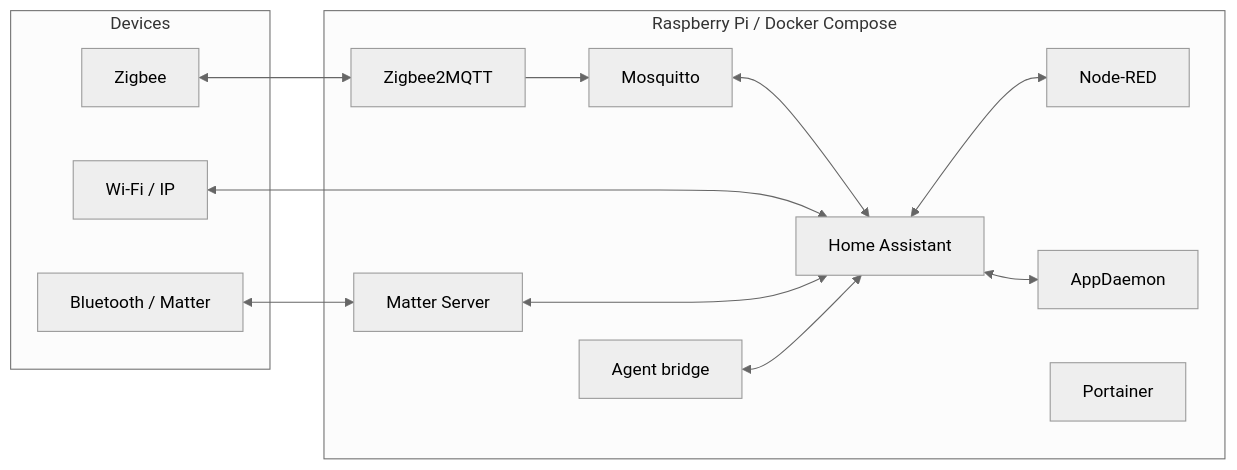
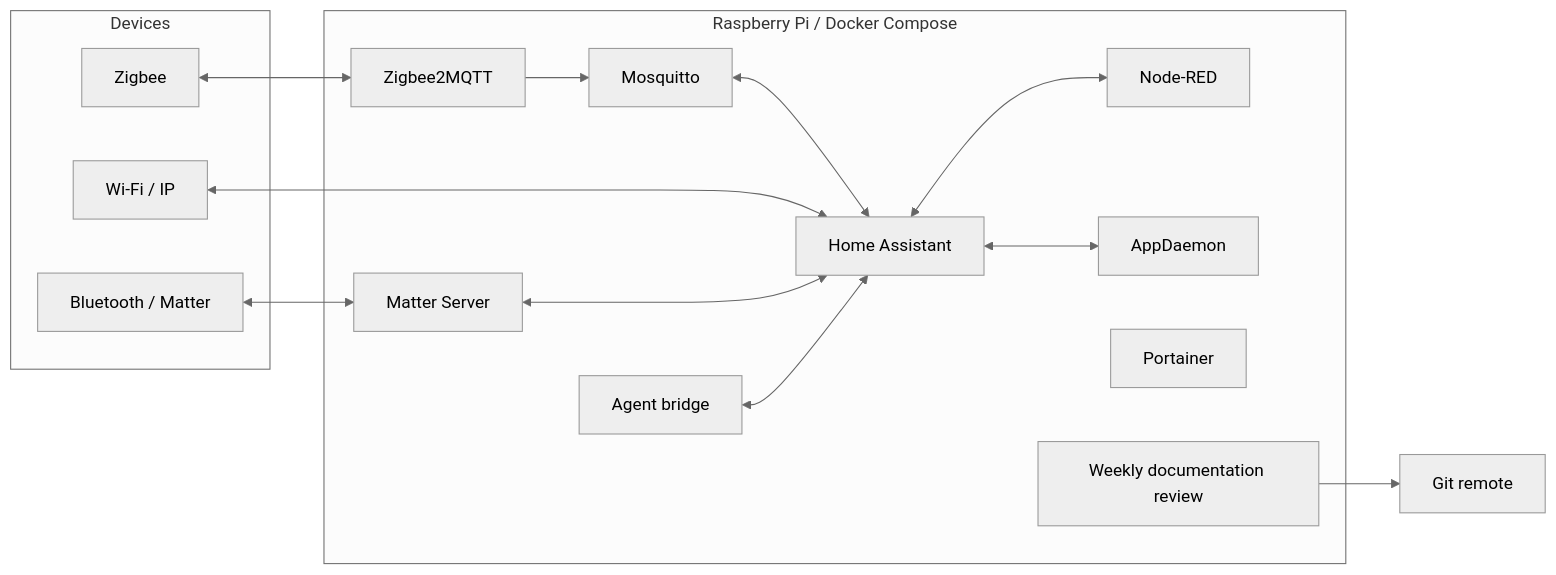
One commit to gabrafur/my_smart_home changed the diagram in README.en.md. Above: the diagram before and after it, drawn with Mermaid (neutral theme). The commit also changed other lines of this file and 17 other files, not shown here.

Commit message:
feat: automate weekly documentation reviews

````diff
--- a/README.en.md
+++ b/README.en.md
@@ -22,26 +22,28 @@
 ```mermaid
 flowchart LR
     subgraph Devices
         ZB[Zigbee]
         IP[Wi-Fi / IP]
         BLE[Bluetooth / Matter]
     end
 
     subgraph Host[Raspberry Pi / Docker Compose]
         Z2M[Zigbee2MQTT]
         MQ[Mosquitto]
         HA[Home Assistant]
         NR[Node-RED]
         AD[AppDaemon]
         MAT[Matter Server]
         PT[Portainer]
         BR[Agent bridge]
+        DOC[Weekly documentation review]
     end
 
     ZB <--> Z2M --> MQ <--> HA
     IP <--> HA
     BLE <--> MAT <--> HA
     HA <--> NR
     HA <--> AD
     BR <--> HA
+    DOC --> GIT[Git remote]
 ```
````
